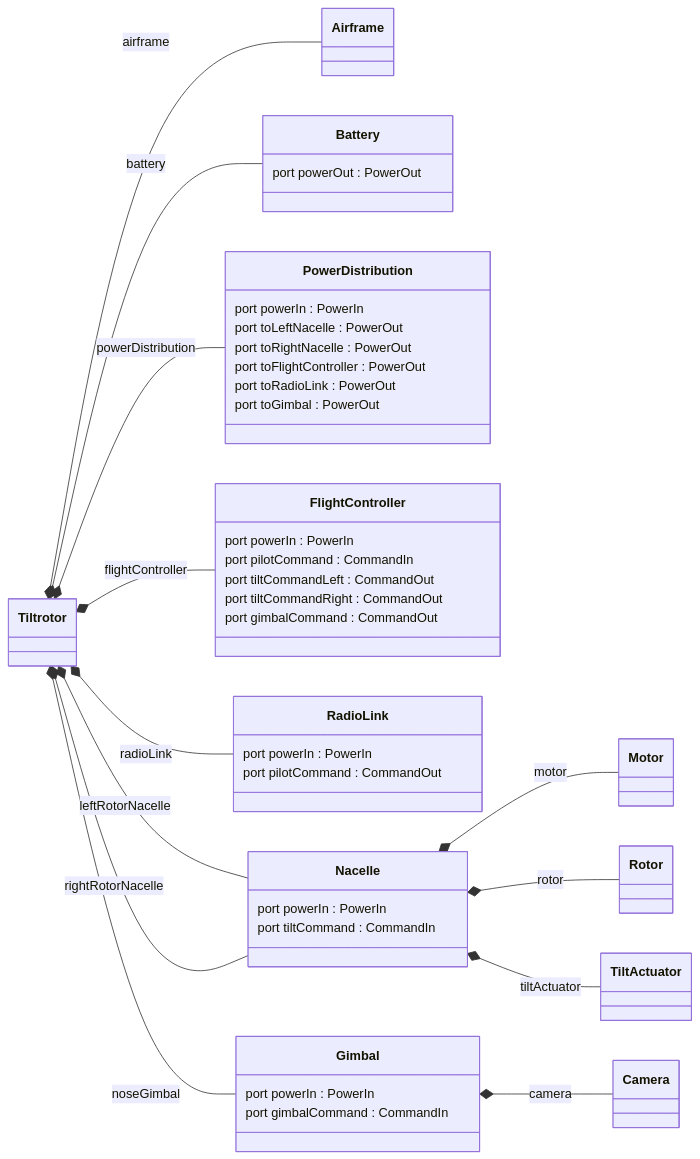
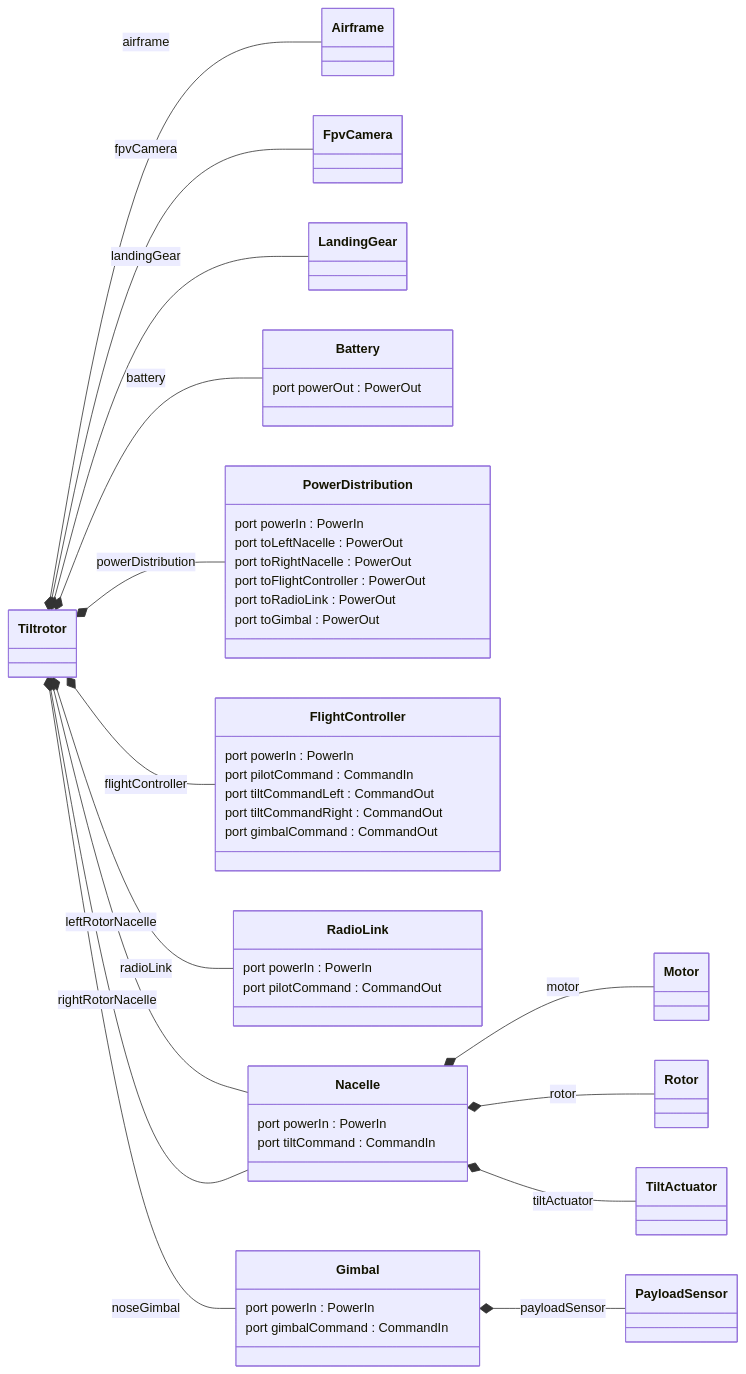
The diagram in docs/views/bdd.mmd (BennyGodwinM/Tilt-Rotor-Reqs), drawn with Mermaid before and after one commit. The commit also changed 19 other files, not shown here.

First line of the commit message:
Apply owner decisions: landing gear, C/VTOL definition, swappable sensor; split 11 non-atomic requirements

```diff
--- a/docs/views/bdd.mmd
+++ b/docs/views/bdd.mmd
@@ -1,50 +1,54 @@
 classDiagram
   direction LR
   class Airframe
   class Motor
   class Rotor
   class TiltActuator
-  class Camera
+  class PayloadSensor
+  class FpvCamera
+  class LandingGear
   class Battery {
     port powerOut : PowerOut
   }
   class PowerDistribution {
     port powerIn : PowerIn
     port toLeftNacelle : PowerOut
     port toRightNacelle : PowerOut
     port toFlightController : PowerOut
     port toRadioLink : PowerOut
     port toGimbal : PowerOut
   }
   class FlightController {
     port powerIn : PowerIn
     port pilotCommand : CommandIn
     port tiltCommandLeft : CommandOut
     port tiltCommandRight : CommandOut
     port gimbalCommand : CommandOut
   }
   class RadioLink {
     port powerIn : PowerIn
     port pilotCommand : CommandOut
   }
   class Nacelle {
     port powerIn : PowerIn
     port tiltCommand : CommandIn
   }
   class Gimbal {
     port powerIn : PowerIn
     port gimbalCommand : CommandIn
   }
   class Tiltrotor
   Tiltrotor *-- Airframe : airframe
+  Tiltrotor *-- LandingGear : landingGear
+  Tiltrotor *-- FpvCamera : fpvCamera
   Tiltrotor *-- Nacelle : leftRotorNacelle
   Tiltrotor *-- Nacelle : rightRotorNacelle
   Tiltrotor *-- Gimbal : noseGimbal
   Tiltrotor *-- Battery : battery
   Tiltrotor *-- PowerDistribution : powerDistribution
   Tiltrotor *-- FlightController : flightController
   Tiltrotor *-- RadioLink : radioLink
   Nacelle *-- Motor : motor
   Nacelle *-- Rotor : rotor
   Nacelle *-- TiltActuator : tiltActuator
-  Gimbal *-- Camera : camera
+  Gimbal *-- PayloadSensor : payloadSensor
```
